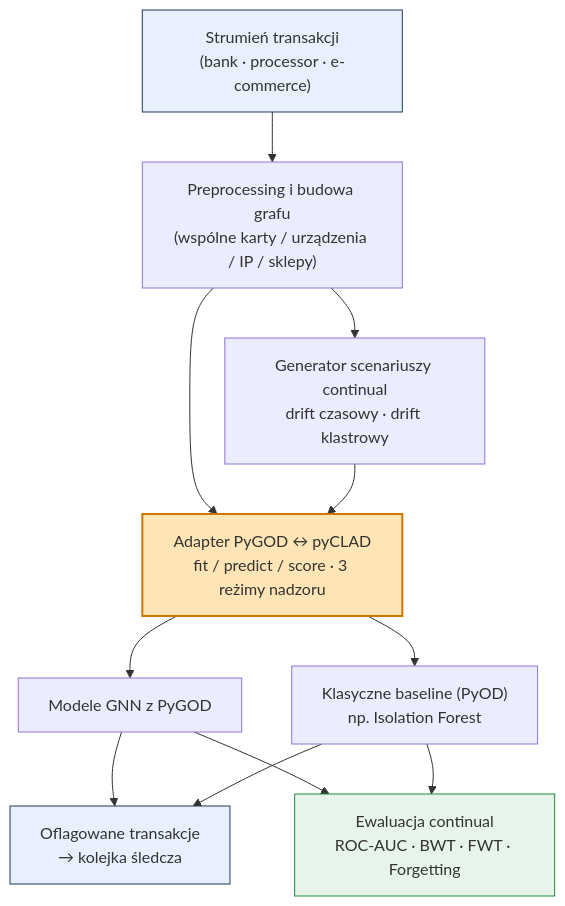
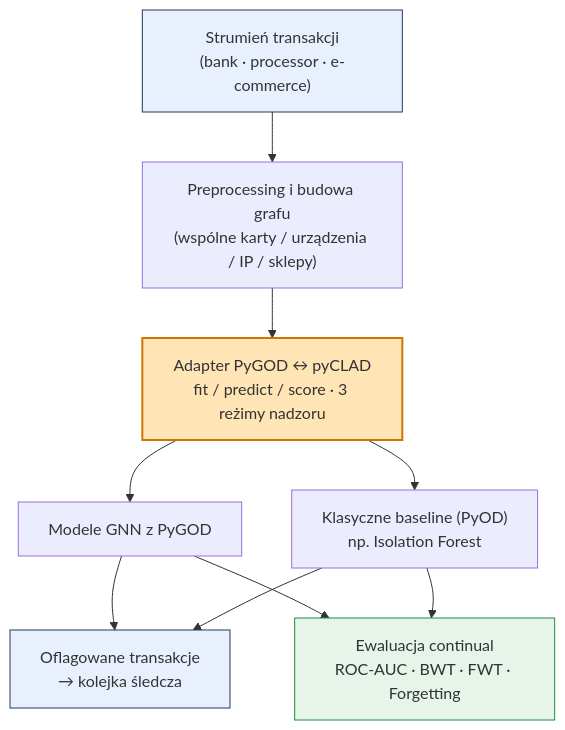
One commit to franciszekjob/continual-graph-fraud-detection changed the diagram in README.md. Above: the diagram before and after it, drawn with Mermaid. The commit also changed other lines of this file, not shown here.

````diff
--- a/README.md
+++ b/README.md
@@ -64,29 +64,26 @@
 ```mermaid
 flowchart TD
     S["Strumień transakcji<br/>(bank · processor · e-commerce)"]
     A["Preprocessing i budowa grafu<br/>(wspólne karty / urządzenia / IP / sklepy)"]
-    C["Generator scenariuszy continual<br/>drift czasowy · drift klastrowy"]
     D["Adapter PyGOD ↔ pyCLAD<br/>fit / predict / score · 3 reżimy nadzoru"]
     E["Modele GNN z PyGOD"]
     F["Klasyczne baseline (PyOD)<br/>np. Isolation Forest"]
     G["Oflagowane transakcje<br/>→ kolejka śledcza"]
     H["Ewaluacja continual<br/>ROC-AUC · BWT · FWT · Forgetting"]
 
     S --> A
-    A --> C
     A --> D
-    C --> D
     D --> E
     D --> F
     E --> G
     F --> G
     E --> H
     F --> H
 
     classDef adapter fill:#ffe4b5,stroke:#cc7700,stroke-width:2px;
     classDef io fill:#e8f0fe,stroke:#1f3a5f;
     classDef eval fill:#e6f4ea,stroke:#1e8e3e;
     class D adapter;
     class S,G io;
     class H eval;
 ```
````
